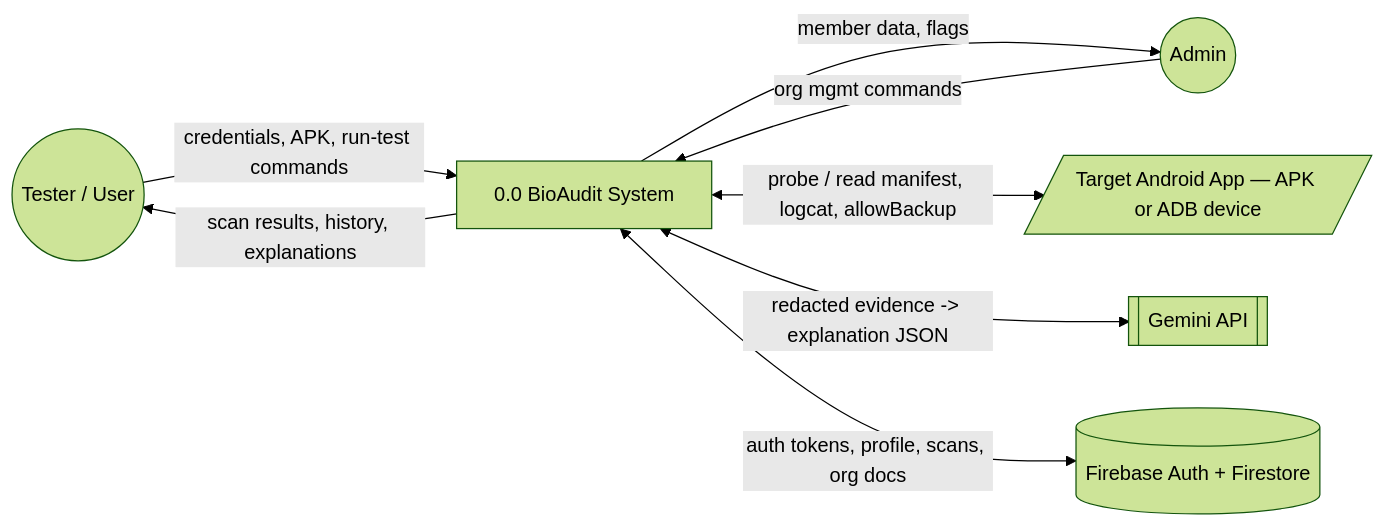
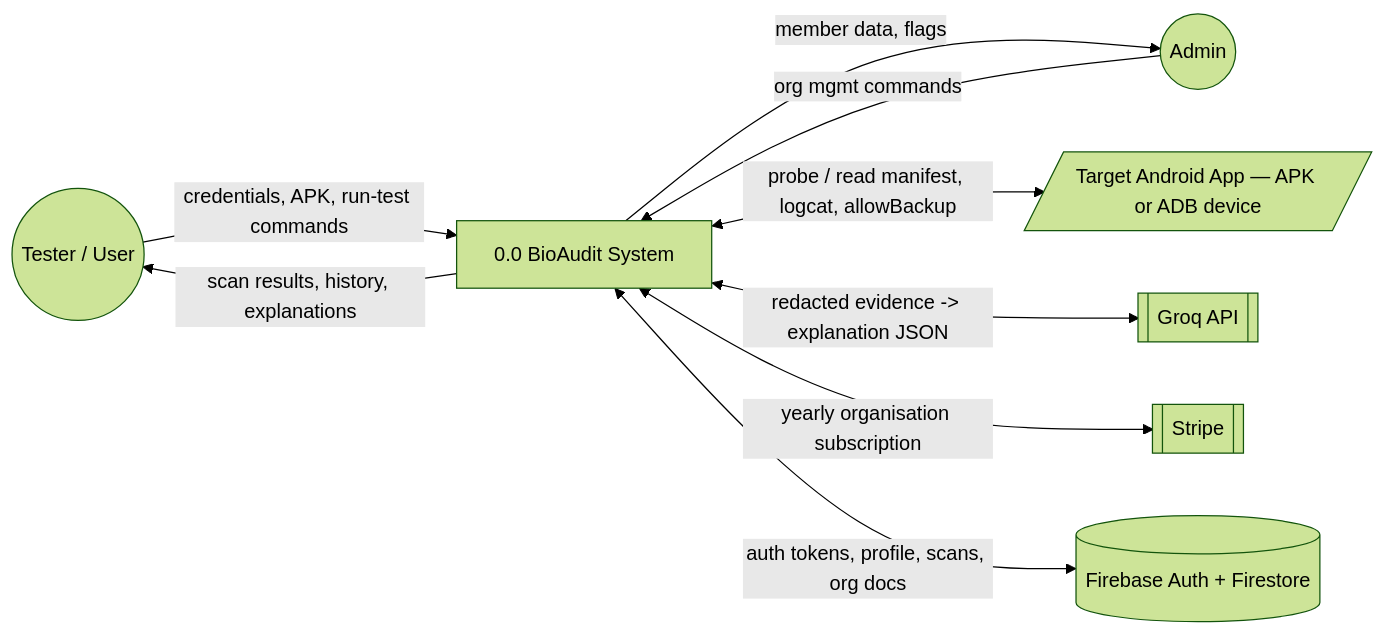
The second of 10 diagrams in backend/docs/TDM-technical-design-manual.md (FYP-UOW-2026/Final_Year_Project), drawn with Mermaid (forest theme) before and after one commit. The commit also changed other lines of this file and 9 other files, not shown here.

````diff
--- a/backend/docs/TDM-technical-design-manual.md
+++ b/backend/docs/TDM-technical-design-manual.md
@@ -72,16 +78,18 @@
 ```mermaid
 flowchart LR
     Tester((Tester / User))
     Admin((Admin))
     Device[/Target Android App — APK or ADB device/]
-    Gemini[[Gemini API]]
+    Groq[[Groq API]]
+    Stripe[[Stripe]]
     FB[(Firebase Auth + Firestore)]
 
     Tester -->|credentials, APK, run-test commands| SYS
     Admin -->|org mgmt commands| SYS
     SYS[0.0 BioAudit System] -->|scan results, history, explanations| Tester
     SYS -->|member data, flags| Admin
     SYS <-->|probe / read manifest, logcat, allowBackup| Device
-    SYS <-->|redacted evidence -> explanation JSON| Gemini
+    SYS <-->|redacted evidence -> explanation JSON| Groq
+    SYS <-->|yearly organisation subscription| Stripe
     SYS <-->|auth tokens, profile, scans, org docs| FB
 ```
````
